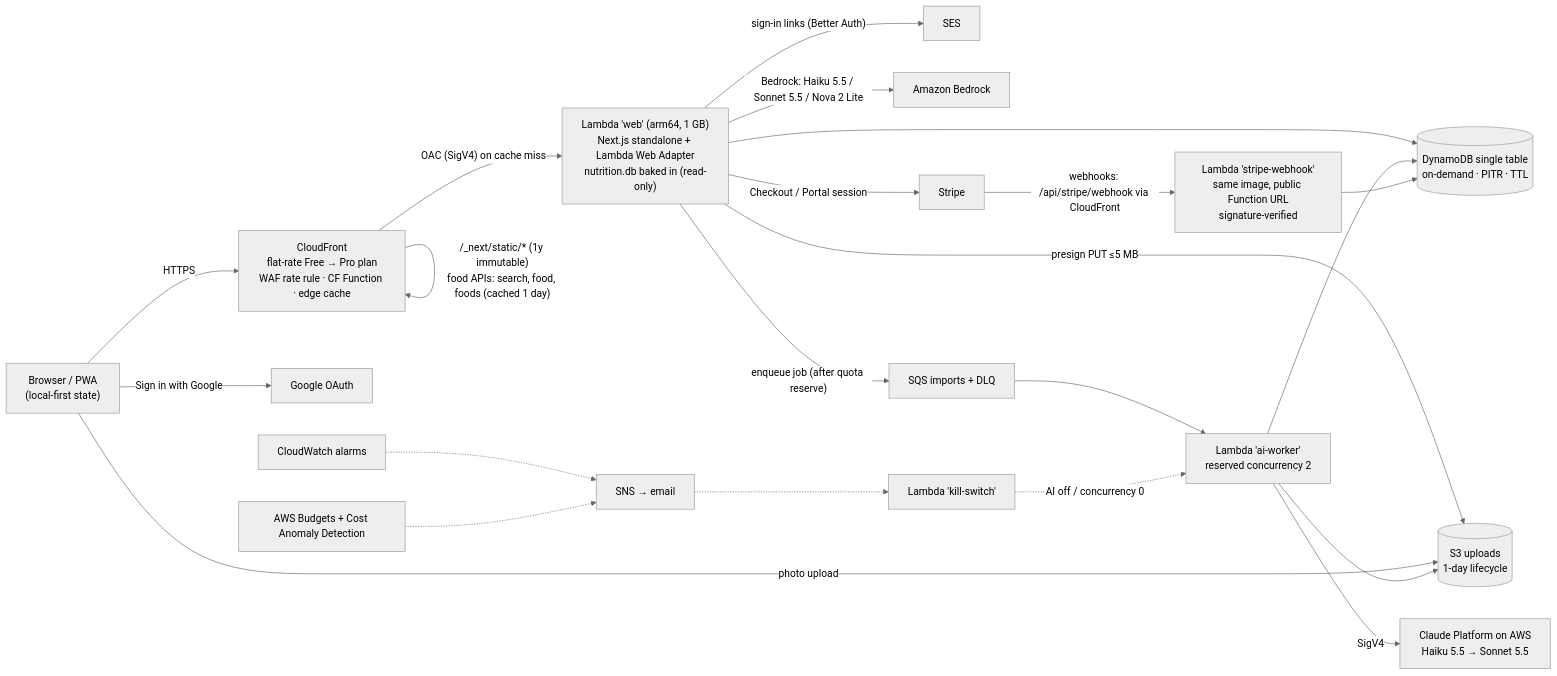
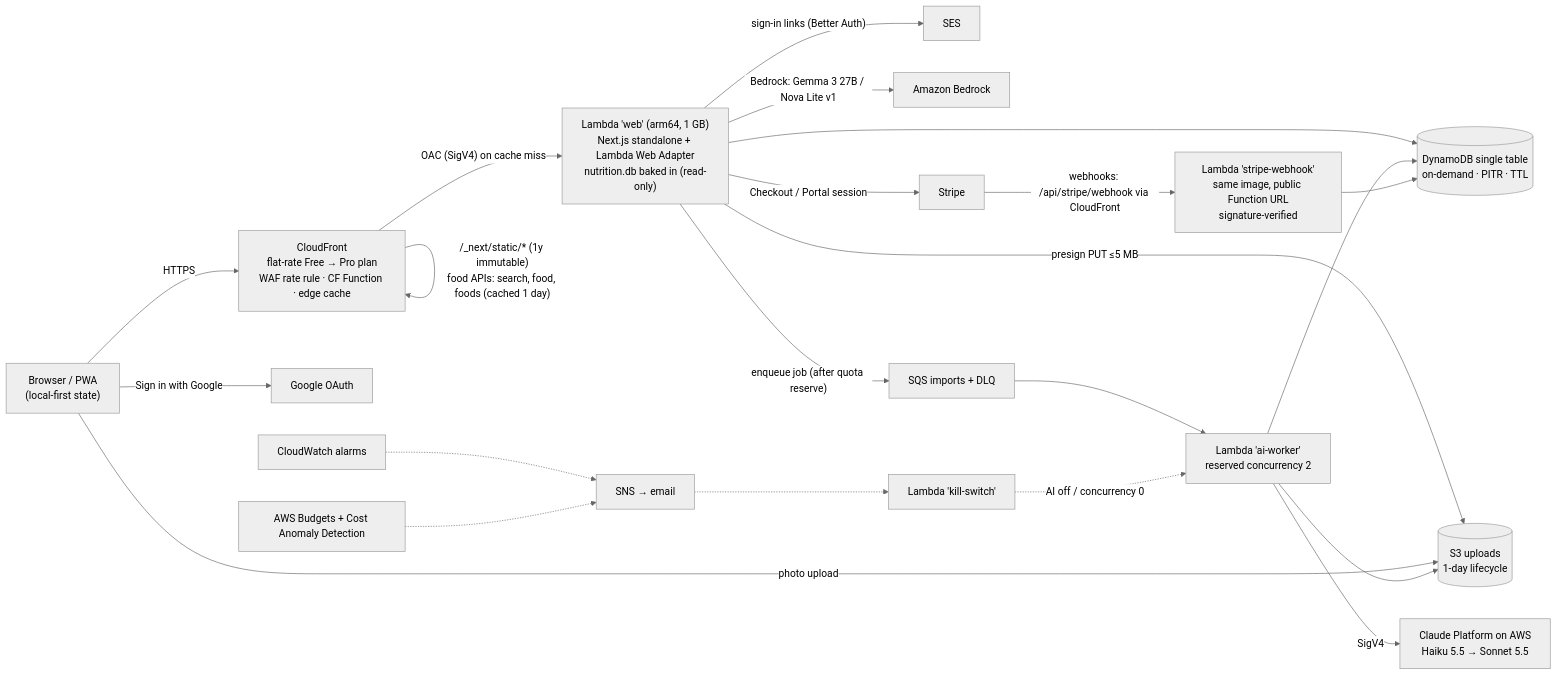
Before and after one commit to yonaadug/FoodNutritionOptimize: the first of 2 diagrams in docs/aws/AWS_HOSTING_DESIGN.md, drawn with Mermaid (neutral theme). The commit also changed other lines of this file and 3 other files, not shown here.

First line of the commit message:
Docs: deploy, decisions and AWS design name Gemma 3 27B and Nova Lite v1

````diff
--- a/docs/aws/AWS_HOSTING_DESIGN.md
+++ b/docs/aws/AWS_HOSTING_DESIGN.md
@@ -147,24 +147,24 @@
 ```mermaid
 flowchart LR
   U["Browser / PWA<br/>(local-first state)"] -->|HTTPS| CF["CloudFront<br/>flat-rate Free → Pro plan<br/>WAF rate rule · CF Function · edge cache"]
   CF -->|"/_next/static/* (1y immutable)<br/>food APIs: search, food, foods (cached 1 day)"| CF
   CF -->|"OAC (SigV4) on cache miss"| WEB["Lambda 'web' (arm64, 1 GB)<br/>Next.js standalone + Lambda Web Adapter<br/>nutrition.db baked in (read-only)"]
   WEB -->|"sign-in links (Better Auth)"| SES["SES"]
   U -->|"Sign in with Google"| GOOGLE["Google OAuth"]
-  WEB -->|"Bedrock: Haiku 5.5 / Sonnet 5.5 / Nova 2 Lite"| BEDROCK["Amazon Bedrock"]
+  WEB -->|"Bedrock: Gemma 3 27B / Nova Lite v1"| BEDROCK["Amazon Bedrock"]
   WEB --> DDB[("DynamoDB single table<br/>on-demand · PITR · TTL")]
   WEB -->|"presign PUT ≤5 MB"| S3U[("S3 uploads<br/>1-day lifecycle")]
   U -->|"photo upload"| S3U
   WEB -->|"enqueue job (after quota reserve)"| SQS["SQS imports + DLQ"]
   SQS --> AIW["Lambda 'ai-worker'<br/>reserved concurrency 2"]
   AIW --> S3U
   AIW -->|"SigV4"| CLAUDE["Claude Platform on AWS<br/>Haiku 5.5 → Sonnet 5.5"]
   AIW --> DDB
   WEB -->|"Checkout / Portal session"| STRIPE["Stripe"]
   STRIPE -->|"webhooks: /api/stripe/webhook via CloudFront"| HOOK["Lambda 'stripe-webhook'<br/>same image, public Function URL<br/>signature-verified"]
   HOOK --> DDB
   CW["CloudWatch alarms"] -.-> SNS["SNS → email"]
   BUD["AWS Budgets + Cost Anomaly Detection"] -.-> SNS
   SNS -.-> KILL["Lambda 'kill-switch'"]
   KILL -.->|"AI off / concurrency 0"| AIW
 ```
````
